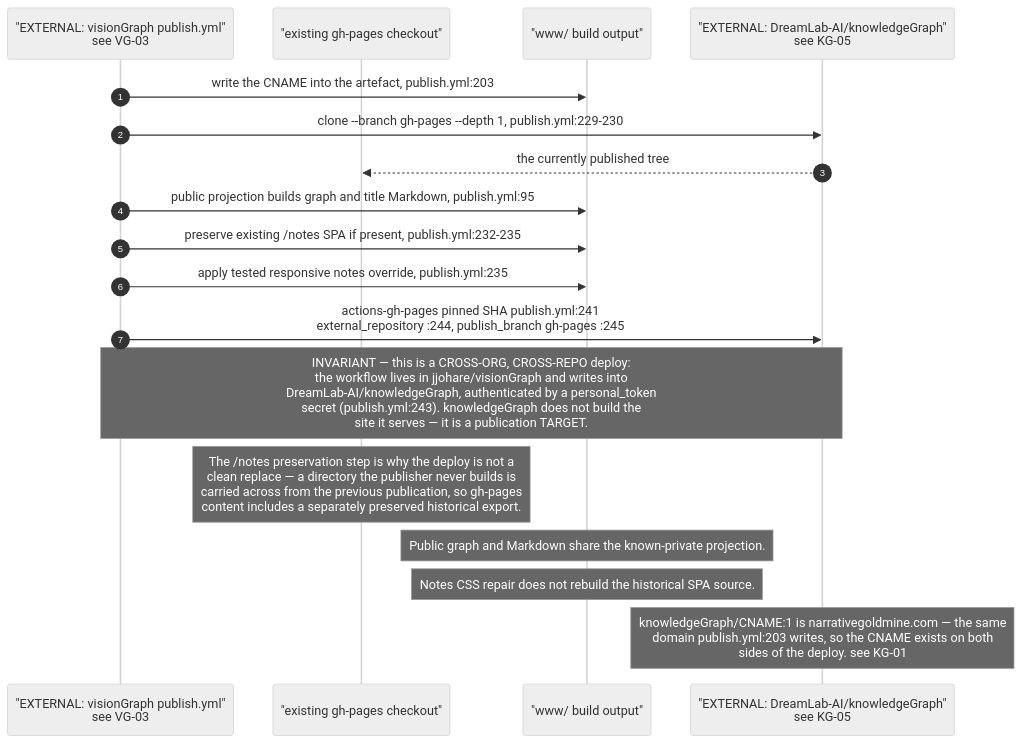
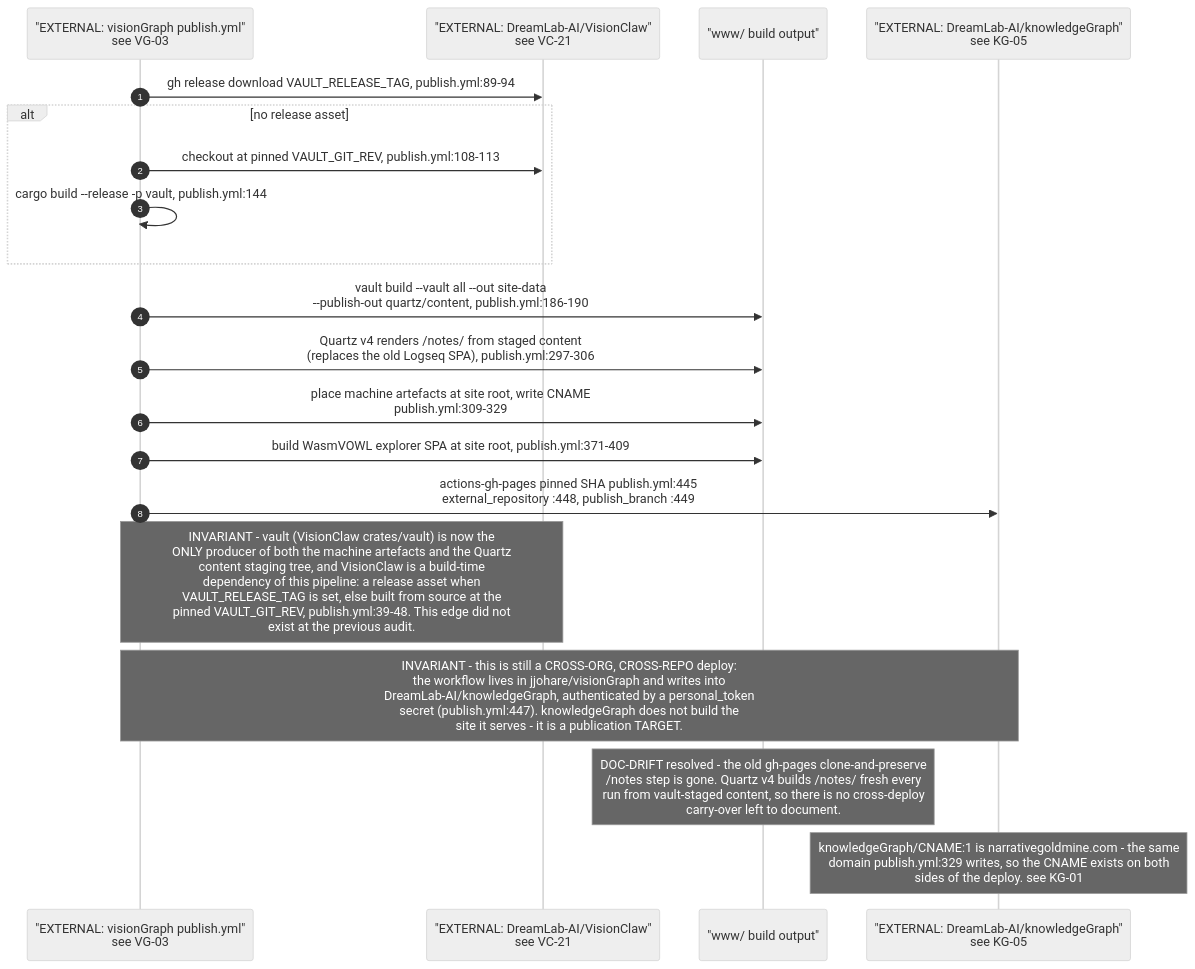
The second of 5 diagrams in docs/diagrams/estate/11-publishing-axis.md (DreamLab-AI/VisionFlow), drawn with Mermaid (neutral theme) before and after one commit. The commit also changed other lines of this file and 136 other files, not shown here.

First line of the commit message:
docs(diagrams): refresh the whole corpus to code HEAD and prune low-value diagrams

````diff
--- a/docs/diagrams/estate/11-publishing-axis.md
+++ b/docs/diagrams/estate/11-publishing-axis.md
@@ -63,21 +66,23 @@
 ```mermaid
 sequenceDiagram
     autonumber
     participant VG as "EXTERNAL: visionGraph publish.yml"<br/>see VG-03
-    participant EX as "existing gh-pages checkout"
+    participant VC as "EXTERNAL: DreamLab-AI/VisionClaw"<br/>see VC-21
     participant WWW as "www/ build output"
     participant KG as "EXTERNAL: DreamLab-AI/knowledgeGraph"<br/>see KG-05
 
-    VG->>WWW: write the CNAME into the artefact, publish.yml:203
-    VG->>KG: clone --branch gh-pages --depth 1, publish.yml:229-230
-    KG-->>EX: the currently published tree
-    VG->>WWW: public projection builds graph and title Markdown, publish.yml:95
-    VG->>WWW: preserve existing /notes SPA if present, publish.yml:232-235
-    VG->>WWW: apply tested responsive notes override, publish.yml:235
-    VG->>KG: actions-gh-pages pinned SHA publish.yml:241<br/>external_repository :244, publish_branch gh-pages :245
-    Note over VG,KG: INVARIANT — this is a CROSS-ORG, CROSS-REPO deploy:<br/>the workflow lives in jjohare/visionGraph and writes into<br/>DreamLab-AI/knowledgeGraph, authenticated by a personal_token<br/>secret (publish.yml:243). knowledgeGraph does not build the<br/>site it serves — it is a publication TARGET.
-    Note over EX: The /notes preservation step is why the deploy is not a<br/>clean replace — a directory the publisher never builds is<br/>carried across from the previous publication, so gh-pages<br/>content includes a separately preserved historical export.
-    Note over WWW: Public graph and Markdown share the known-private projection.
-    Note over WWW: Notes CSS repair does not rebuild the historical SPA source.
-    Note over KG: knowledgeGraph/CNAME:1 is narrativegoldmine.com — the same<br/>domain publish.yml:203 writes, so the CNAME exists on both<br/>sides of the deploy. see KG-01
+    VG->>VC: gh release download VAULT_RELEASE_TAG, publish.yml:89-94
+    alt no release asset
+        VG->>VC: checkout at pinned VAULT_GIT_REV, publish.yml:108-113
+        VG->>VG: cargo build --release -p vault, publish.yml:144
+    end
+    VG->>WWW: vault build --vault all --out site-data<br/>--publish-out quartz/content, publish.yml:186-190
+    VG->>WWW: Quartz v4 renders /notes/ from staged content<br/>(replaces the old Logseq SPA), publish.yml:297-306
+    VG->>WWW: place machine artefacts at site root, write CNAME<br/>publish.yml:309-329
+    VG->>WWW: build WasmVOWL explorer SPA at site root, publish.yml:371-409
+    VG->>KG: actions-gh-pages pinned SHA publish.yml:445<br/>external_repository :448, publish_branch :449
+    Note over VG,VC: INVARIANT - vault (VisionClaw crates/vault) is now the<br/>ONLY producer of both the machine artefacts and the Quartz<br/>content staging tree, and VisionClaw is a build-time<br/>dependency of this pipeline: a release asset when<br/>VAULT_RELEASE_TAG is set, else built from source at the<br/>pinned VAULT_GIT_REV, publish.yml:39-48. This edge did not<br/>exist at the previous audit.
+    Note over VG,KG: INVARIANT - this is still a CROSS-ORG, CROSS-REPO deploy:<br/>the workflow lives in jjohare/visionGraph and writes into<br/>DreamLab-AI/knowledgeGraph, authenticated by a personal_token<br/>secret (publish.yml:447). knowledgeGraph does not build the<br/>site it serves - it is a publication TARGET.
+    Note over WWW: DOC-DRIFT resolved - the old gh-pages clone-and-preserve<br/>/notes step is gone. Quartz v4 builds /notes/ fresh every<br/>run from vault-staged content, so there is no cross-deploy<br/>carry-over left to document.
+    Note over KG: knowledgeGraph/CNAME:1 is narrativegoldmine.com - the same<br/>domain publish.yml:329 writes, so the CNAME exists on both<br/>sides of the deploy. see KG-01
 ```
````
